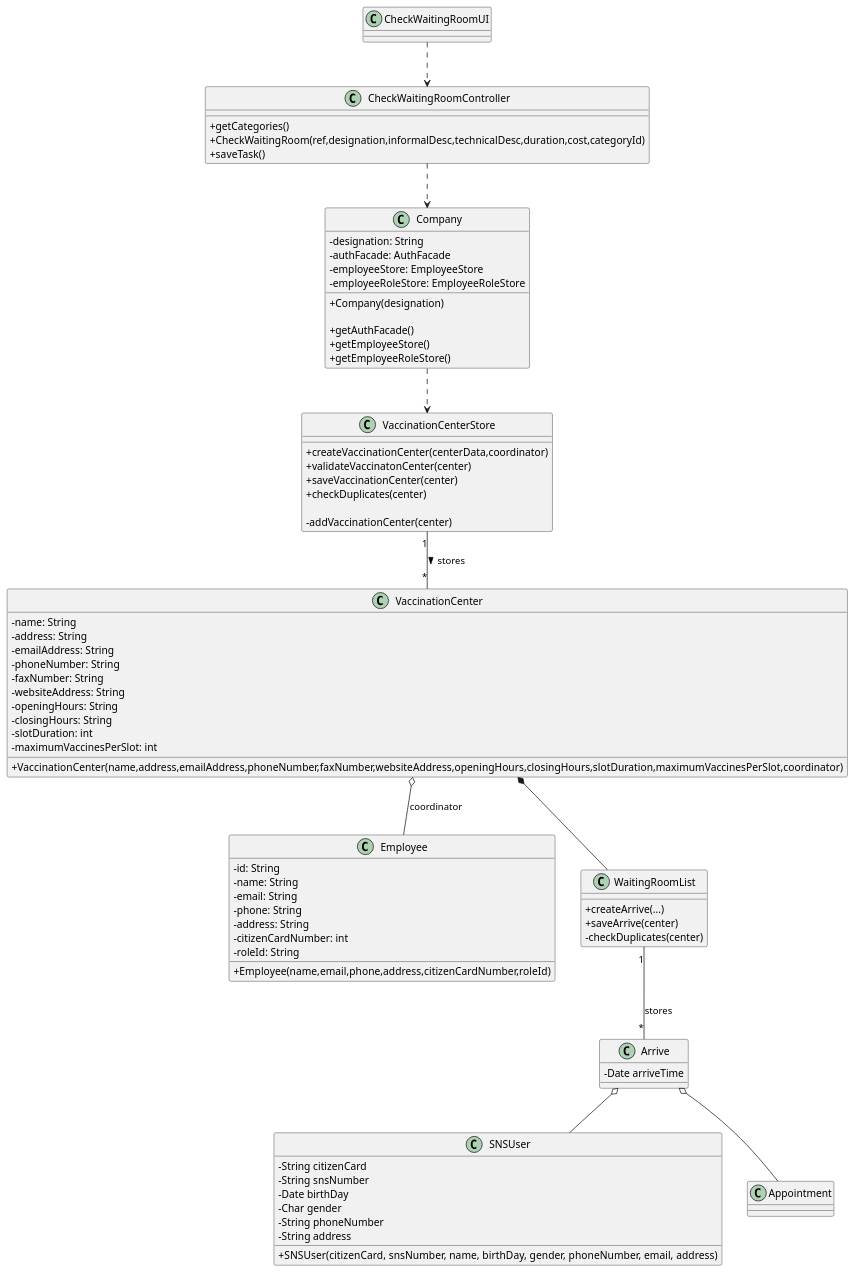
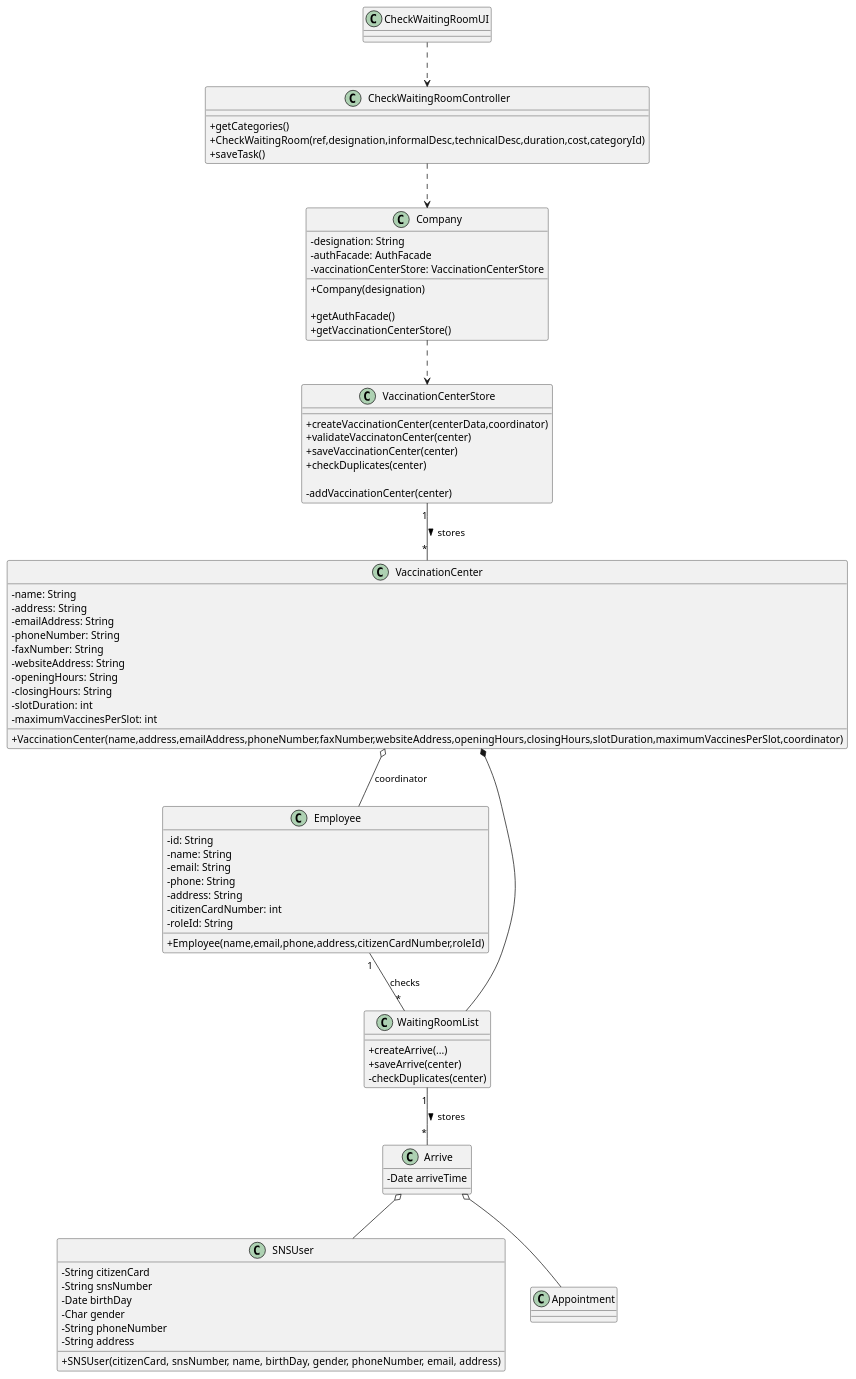
The diagram in docs/SprintC/US05/CD/US05_CD.puml (miseEnPlace-i/lapr2), drawn with PlantUML before and after one commit. The commit also changed 6 other files, not shown here.

```diff
--- a/docs/SprintC/US05/CD/US05_CD.puml
+++ b/docs/SprintC/US05/CD/US05_CD.puml
@@ -1,100 +1,99 @@
 @startuml
 skinparam classAttributeIconSize 0
 
 class Arrive {
   - Date arriveTime
 }
 
 class Company {
   -designation: String
   -authFacade: AuthFacade
-  -employeeStore: EmployeeStore
-  -employeeRoleStore: EmployeeRoleStore
+  -vaccinationCenterStore: VaccinationCenterStore
   
   +Company(designation)
 
   +getAuthFacade()
-  +getEmployeeStore()
-  +getEmployeeRoleStore()
+  +getVaccinationCenterStore()
 }
 
 class CheckWaitingRoomController {
   +getCategories()
   +CheckWaitingRoom(ref,designation,informalDesc,technicalDesc,duration,cost,categoryId)
   +saveTask()
 }
 
 class CheckWaitingRoomUI {}
 
 class VaccinationCenter {
   - name: String
   - address: String
   - emailAddress: String
   - phoneNumber: String
   - faxNumber: String
   - websiteAddress: String
   - openingHours: String
   - closingHours: String
   - slotDuration: int
   - maximumVaccinesPerSlot: int
   
   +VaccinationCenter(name,address,emailAddress,phoneNumber,faxNumber,websiteAddress,openingHours,closingHours,slotDuration,maximumVaccinesPerSlot,coordinator)
 }
 
 class VaccinationCenterStore {
 +createVaccinationCenter(centerData,coordinator)
 +validateVaccinatonCenter(center)
 +saveVaccinationCenter(center)
 +checkDuplicates(center)
 
 -addVaccinationCenter(center)
 }
 
 class Employee {
   -id: String 
   -name: String 
   -email: String 
   -phone: String 
   -address: String 
   -citizenCardNumber: int 
   -roleId: String 
 
   +Employee(name,email,phone,address,citizenCardNumber,roleId)
 }
 
 class SNSUser {
   - String citizenCard
   - String snsNumber
   - Date birthDay
   - Char gender
   - String phoneNumber
   - String address
   + SNSUser(citizenCard, snsNumber, name, birthDay, gender, phoneNumber, email, address)
 }
 
 class WaitingRoomList {
   +createArrive(...)
   +saveArrive(center)
   -checkDuplicates(center)
 }
 
 class Appointment {
 
 }
 
 CheckWaitingRoomUI ..> CheckWaitingRoomController
 CheckWaitingRoomController ..> Company
 
 Arrive o-- SNSUser
 Arrive o-- Appointment
 
 VaccinationCenter o-- Employee : coordinator
 VaccinationCenterStore "1" -- "*" VaccinationCenter : stores >
 
 Company ..> VaccinationCenterStore
 
-WaitingRoomList "1" -- "*" Arrive : stores
+WaitingRoomList "1" -- "*" Arrive : stores >
 
+Employee "1" -- "*" WaitingRoomList : checks
 VaccinationCenter *-- WaitingRoomList
 
 @enduml
```
